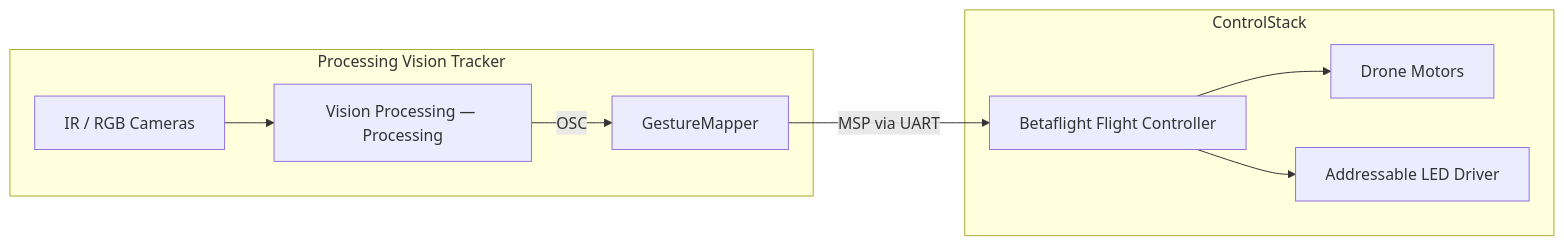
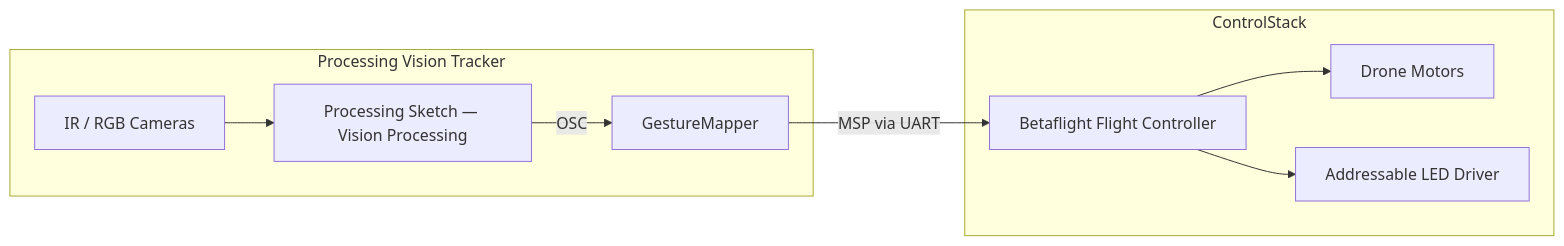
One commit to bseverns/perceptual-drift changed the first of 3 diagrams in docs/onboarding/README.md. Above: the diagram before and after it, drawn with Mermaid. The commit also changed other lines of this file and 2 other files, not shown here.

Commit message:
docs: emphasize processing tracker

````diff
--- a/docs/onboarding/README.md
+++ b/docs/onboarding/README.md
@@ -23,14 +23,14 @@
 ```mermaid
 flowchart LR
     subgraph ProcessingTracker[Processing Vision Tracker]
         Cameras["IR / RGB Cameras"]
-        VisionProcessing["Vision Processing — Processing"]
+        VisionProcessing["Processing Sketch — Vision Processing"]
         Cameras --> VisionProcessing
         VisionProcessing -->|OSC| GestureMapper
     end
     subgraph ControlStack
         GestureMapper -->|MSP via UART| FlightController["Betaflight Flight Controller"]
         FlightController --> Motors["Drone Motors"]
         FlightController --> LedDriver["Addressable LED Driver"]
     end
 ```
````
